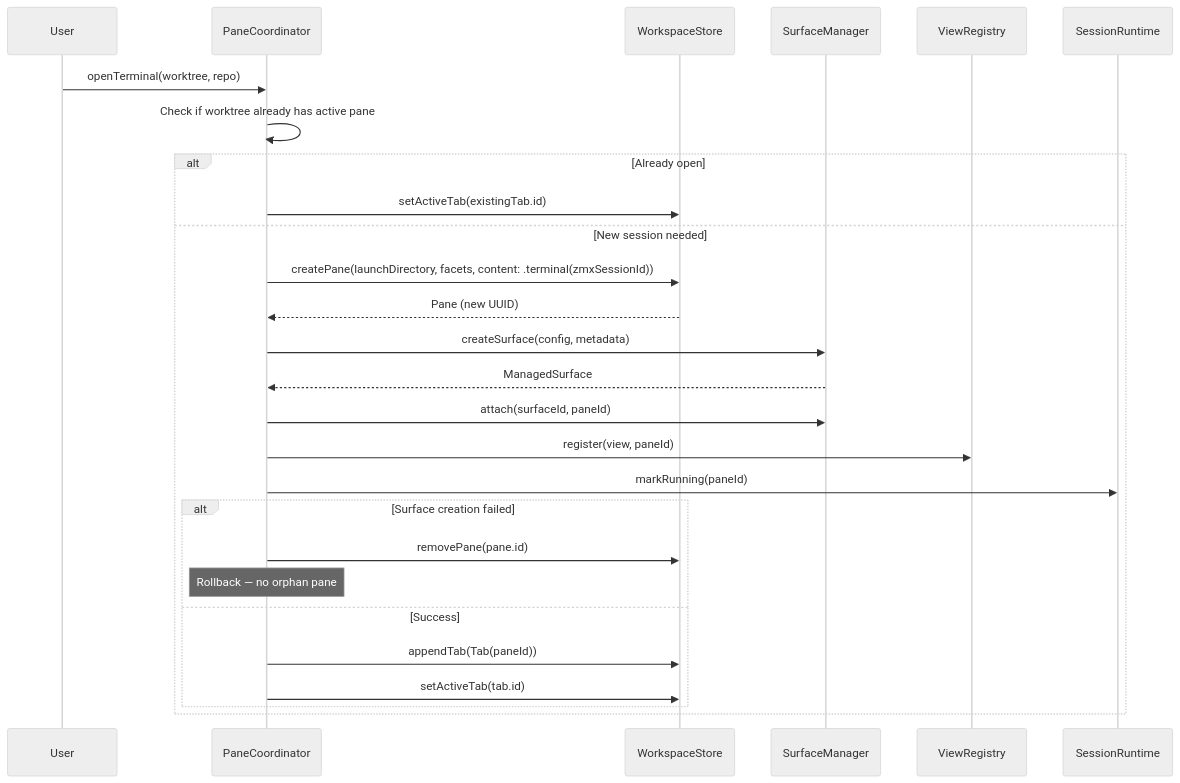
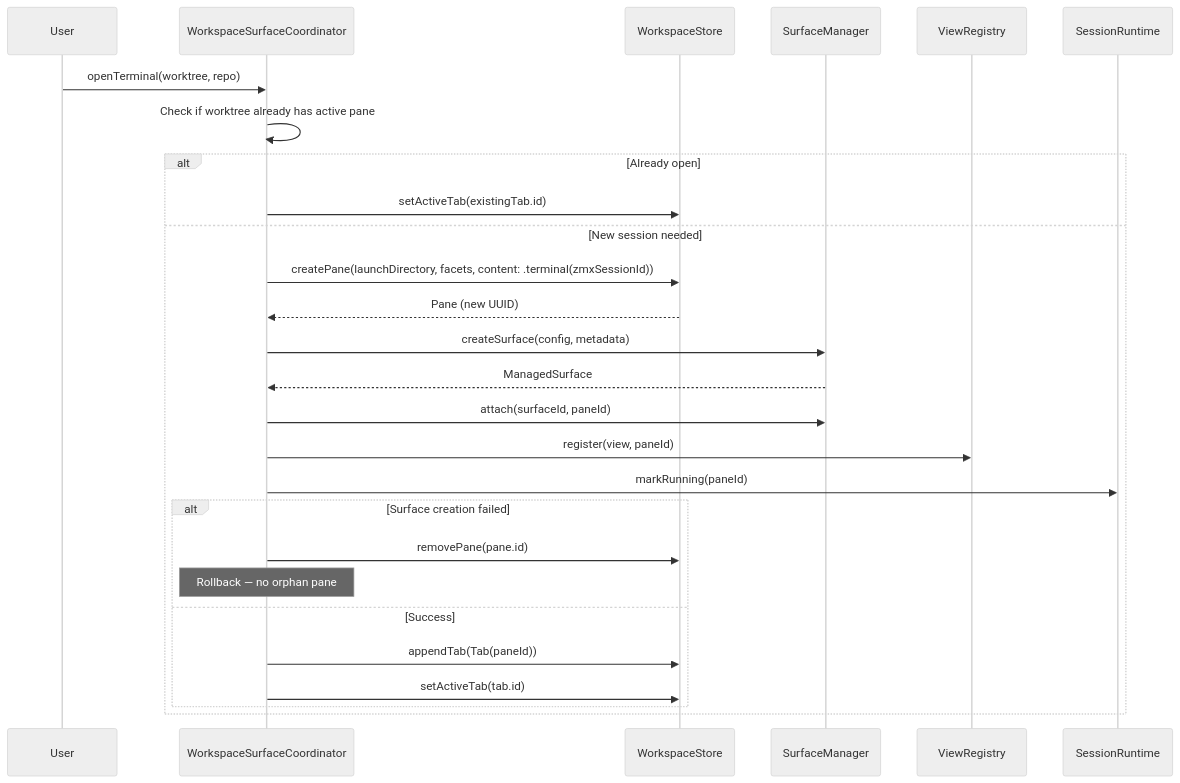
The third of 5 diagrams in docs/architecture/session_lifecycle.md (ShravanSunder/agentstudio), drawn with Mermaid (neutral theme) before and after one commit. The commit also changed other lines of this file and 210 other files, not shown here.

````diff
--- a/docs/architecture/session_lifecycle.md
+++ b/docs/architecture/session_lifecycle.md
@@ -210,31 +210,31 @@
 ```mermaid
 sequenceDiagram
     participant User
-    participant PC as PaneCoordinator
+    participant PC as WorkspaceSurfaceCoordinator
     participant Store as WorkspaceStore
     participant SM as SurfaceManager
     participant VR as ViewRegistry
     participant RT as SessionRuntime
 
     User->>PC: openTerminal(worktree, repo)
     PC->>PC: Check if worktree already has active pane
     alt Already open
         PC->>Store: setActiveTab(existingTab.id)
     else New session needed
         PC->>Store: createPane(launchDirectory, facets, content: .terminal(zmxSessionId))
         Store-->>PC: Pane (new UUID)
         PC->>SM: createSurface(config, metadata)
         SM-->>PC: ManagedSurface
         PC->>SM: attach(surfaceId, paneId)
         PC->>VR: register(view, paneId)
         PC->>RT: markRunning(paneId)
 
         alt Surface creation failed
             PC->>Store: removePane(pane.id)
             Note over PC: Rollback — no orphan pane
         else Success
             PC->>Store: appendTab(Tab(paneId))
             PC->>Store: setActiveTab(tab.id)
         end
     end
 ```
````
